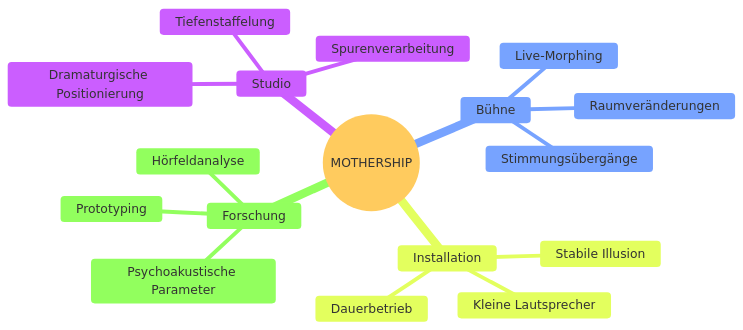
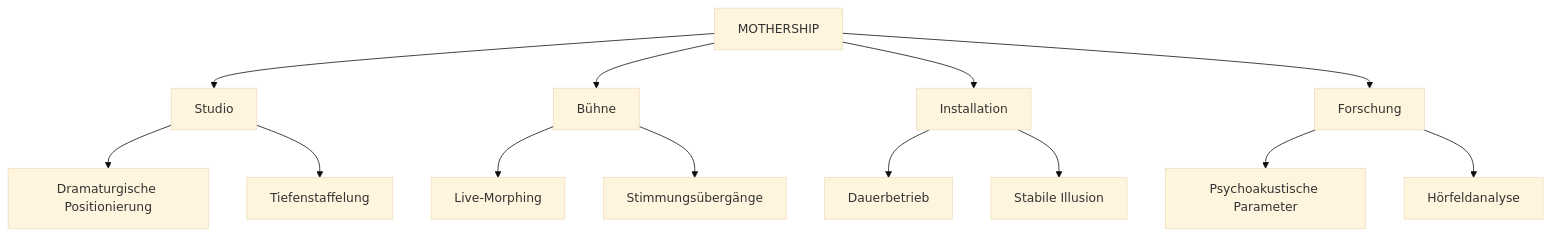
Before and after one commit to statesflowwishes-sketch/4a3C5u2S7T1i3C: the third of 9 diagrams in README.md, drawn with Mermaid (base theme). The commit also changed other lines of this file, not shown here.

First line of the commit message:
🔧 Fix Mermaid Rendering Issues: Simplified Complex Diagrams

````diff
--- a/README.md
+++ b/README.md
@@ -205,20 +201,19 @@
 ```mermaid
-mindmap
-  root((MOTHERSHIP))
-    Studio
-      Dramaturgische Positionierung
-      Tiefenstaffelung
-      Spurenverarbeitung
-    Bühne
-      Live-Morphing
-      Stimmungsübergänge
-      Raumveränderungen
-    Installation
-      Dauerbetrieb
-      Stabile Illusion
-      Kleine Lautsprecher
-    Forschung
-      Psychoakustische Parameter
-      Hörfeldanalyse
-      Prototyping
+flowchart TD
+    M[MOTHERSHIP] --> S[Studio]
+    M --> B[Bühne]
+    M --> I[Installation]
+    M --> F[Forschung]
+    
+    S --> S1[Dramaturgische Positionierung]
+    S --> S2[Tiefenstaffelung]
+    
+    B --> B1[Live-Morphing]
+    B --> B2[Stimmungsübergänge]
+    
+    I --> I1[Dauerbetrieb]
+    I --> I2[Stabile Illusion]
+    
+    F --> F1[Psychoakustische Parameter]
+    F --> F2[Hörfeldanalyse]
 ```
````
